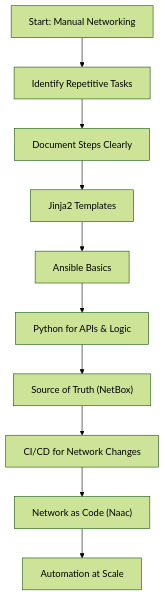
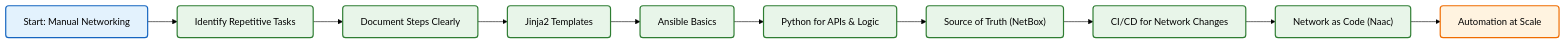
One commit to tej554/network-automation-visuals changed the diagram in diagrams/01-starter-roadmap.md. Above: the diagram before and after it, drawn with Mermaid (forest theme). The commit also changed 16 other files, not shown here.

````diff
--- a/diagrams/01-starter-roadmap.md
+++ b/diagrams/01-starter-roadmap.md
@@ -11,12 +11,21 @@
 ```mermaid
-flowchart TD
+flowchart LR
     A[Start: Manual Networking] --> B[Identify Repetitive Tasks]
     B --> C[Document Steps Clearly]
     C --> D[Jinja2 Templates]
     D --> E[Ansible Basics]
     E --> F[Python for APIs & Logic]
     F --> G["Source of Truth (NetBox)"]
     G --> H[CI/CD for Network Changes]
     H --> I["Network as Code (Naac)"]
     I --> J[Automation at Scale]
+
+    classDef default fill:#fff,stroke:#333,stroke-width:1px,rx:5,ry:5;
+    classDef start fill:#e3f2fd,stroke:#1565c0,stroke-width:2px;
+    classDef mid fill:#e8f5e9,stroke:#2e7d32,stroke-width:2px;
+    classDef endNode fill:#fff3e0,stroke:#ef6c00,stroke-width:2px;
+
+    class A start;
+    class B,C,D,E,F,G,H,I mid;
+    class J endNode;
 ```
````
